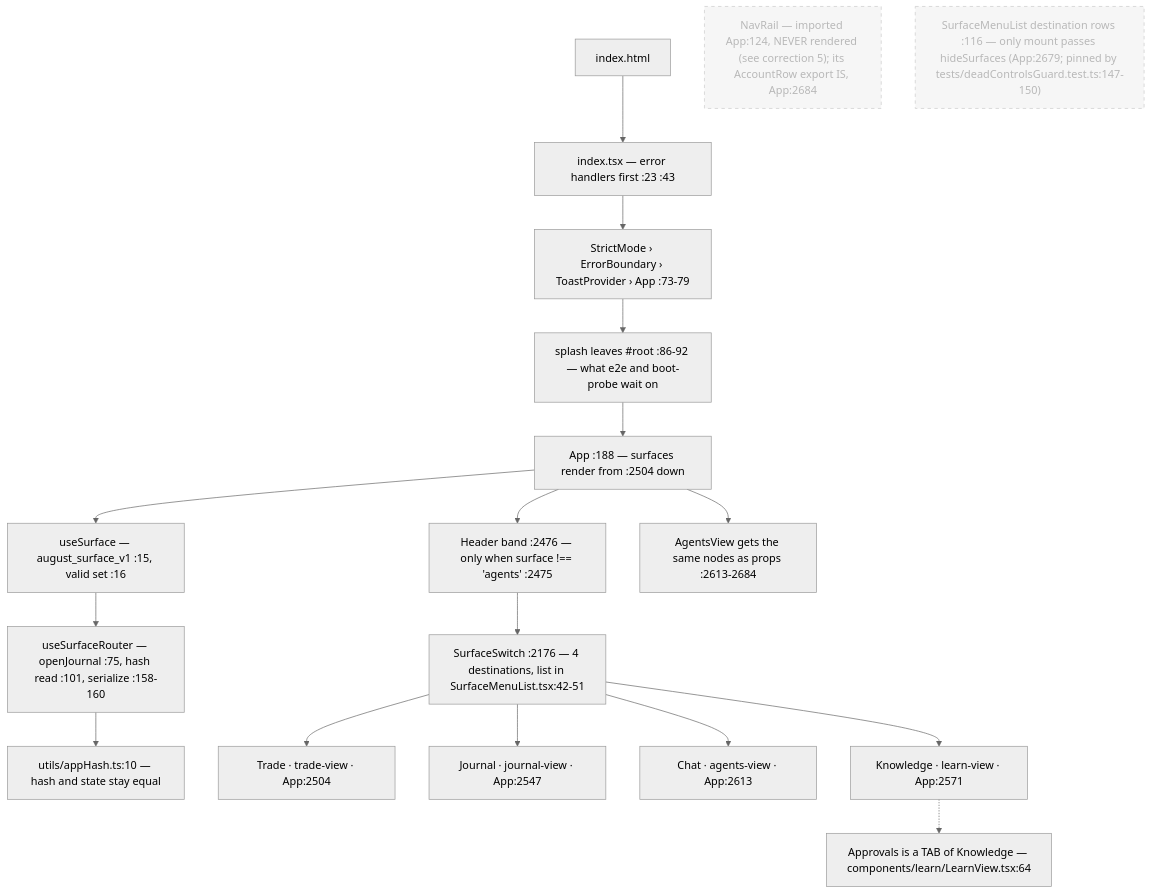
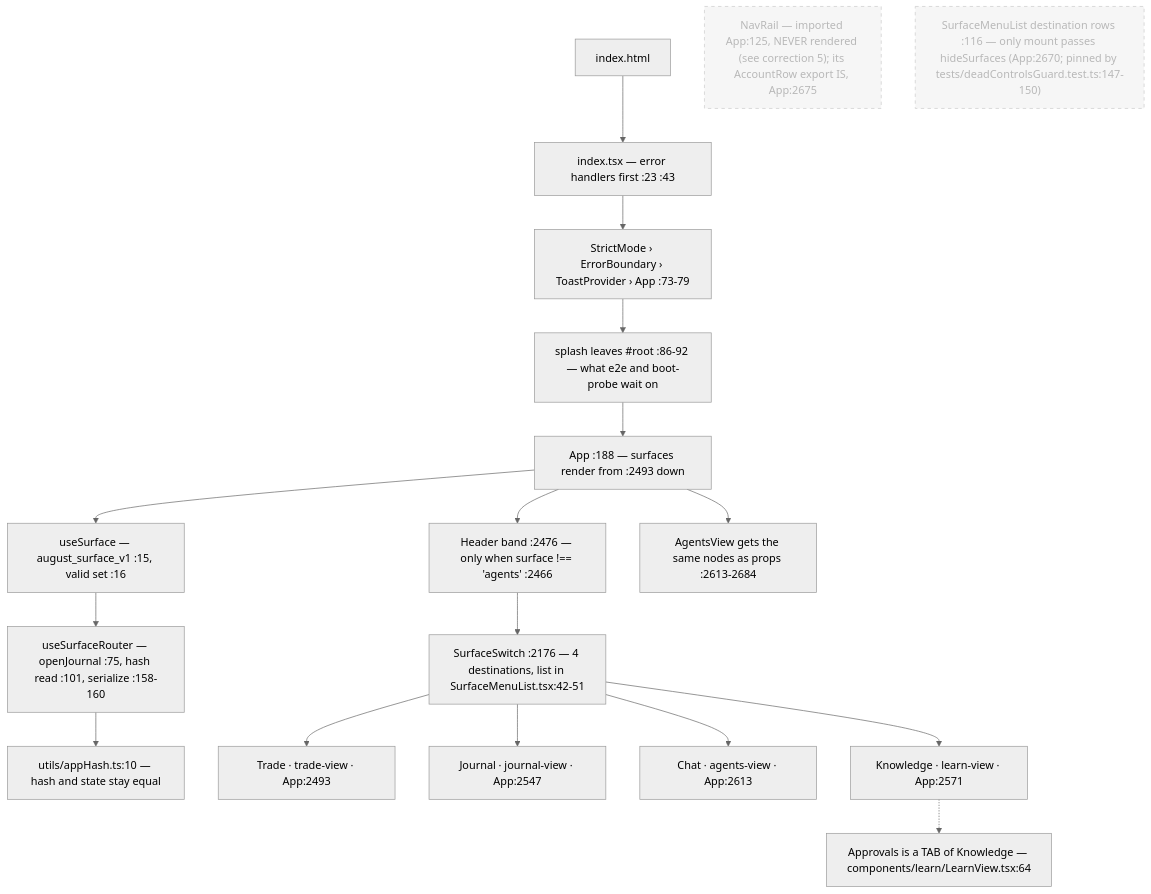
One commit to Acepay25/august-3.5 changed the first of 7 diagrams in docs/app-flow.md. Above: the diagram before and after it, drawn with Mermaid (neutral theme). The commit also changed other lines of this file and 1 other file, not shown here.

First line of the commit message:
docs(app-flow): re-measure every anchor against the tree the engine deletion left

````diff
--- a/docs/app-flow.md
+++ b/docs/app-flow.md
@@ -21,21 +21,21 @@
 ```mermaid
 flowchart TD
     H["index.html"] --> I["index.tsx — error handlers first :23 :43"]
     I --> S["StrictMode › ErrorBoundary › ToastProvider › App :73-79"]
     S --> SP["splash leaves #root :86-92 — what e2e and boot-probe wait on"]
-    SP --> APP["App :188 — surfaces render from :2504 down"]
+    SP --> APP["App :188 — surfaces render from :2493 down"]
     APP --> US["useSurface — august_surface_v1 :15, valid set :16"]
     US --> UR["useSurfaceRouter — openJournal :75, hash read :101, serialize :158-160"]
     UR --> HASH["utils/appHash.ts:10 — hash and state stay equal"]
-    APP --> HD["Header band :2476 — only when surface !== 'agents' :2475"]
+    APP --> HD["Header band :2476 — only when surface !== 'agents' :2466"]
     HD --> SW["SurfaceSwitch :2176 — 4 destinations, list in SurfaceMenuList.tsx:42-51"]
     APP --> AV["AgentsView gets the same nodes as props :2613-2684"]
-    SW --> T["Trade · trade-view · App:2504"]
+    SW --> T["Trade · trade-view · App:2493"]
     SW --> J["Journal · journal-view · App:2547"]
     SW --> C["Chat · agents-view · App:2613"]
     SW --> K["Knowledge · learn-view · App:2571"]
     K -.-> AP["Approvals is a TAB of Knowledge — components/learn/LearnView.tsx:64"]
-    NR["NavRail — imported App:124, NEVER rendered (see correction 5); its AccountRow export IS, App:2684"]:::dead
-    SM["SurfaceMenuList destination rows :116 — only mount passes hideSurfaces (App:2679; pinned by tests/deadControlsGuard.test.ts:147-150)"]:::dead
+    NR["NavRail — imported App:125, NEVER rendered (see correction 5); its AccountRow export IS, App:2675"]:::dead
+    SM["SurfaceMenuList destination rows :116 — only mount passes hideSurfaces (App:2670; pinned by tests/deadControlsGuard.test.ts:147-150)"]:::dead
     classDef dead stroke-dasharray: 5 5,opacity:.5
 ```
````
